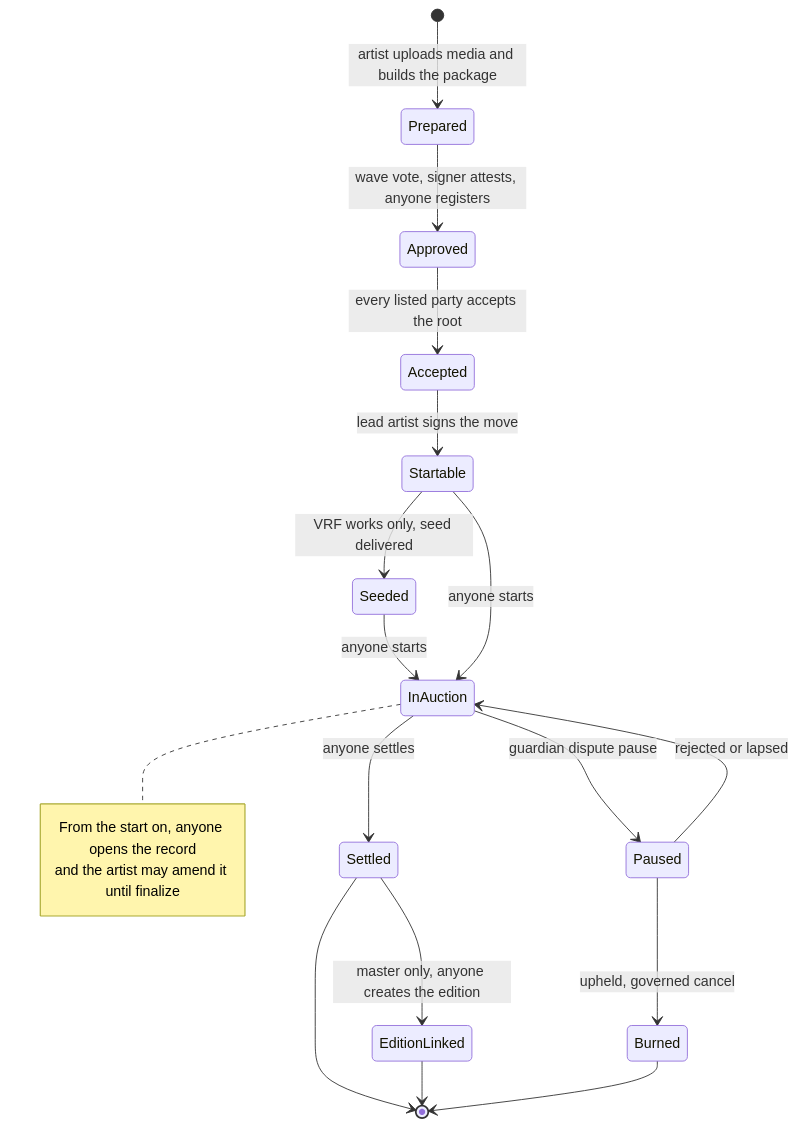
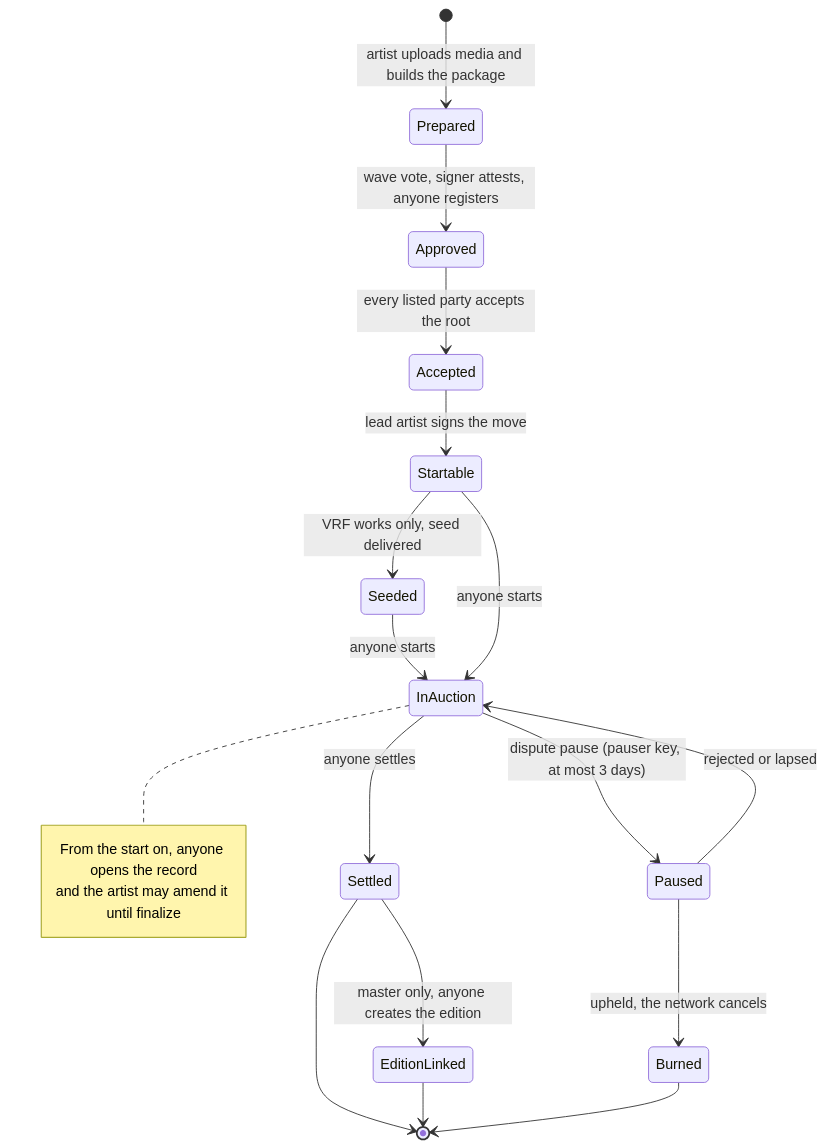
Before and after one commit to 6529-Collections/6529-works: the diagram in docs/spec/README.md, drawn with Mermaid. The commit also changed other lines of this file and 352 other files, not shown here.

````diff
--- a/docs/spec/README.md
+++ b/docs/spec/README.md
@@ -38,22 +38,22 @@
 ```mermaid
 stateDiagram-v2
     [*] --> Prepared : artist uploads media and builds the package
     Prepared --> Approved : wave vote, signer attests, anyone registers
     Approved --> Accepted : every listed party accepts the root
     Accepted --> Startable : lead artist signs the move
     Startable --> Seeded : VRF works only, seed delivered
     Seeded --> InAuction : anyone starts
     Startable --> InAuction : anyone starts
-    InAuction --> Paused : guardian dispute pause
+    InAuction --> Paused : dispute pause (pauser key, at most 3 days)
     Paused --> InAuction : rejected or lapsed
-    Paused --> Burned : upheld, governed cancel
+    Paused --> Burned : upheld, the network cancels
     InAuction --> Settled : anyone settles
     Settled --> EditionLinked : master only, anyone creates the edition
     Settled --> [*]
     EditionLinked --> [*]
     Burned --> [*]
     note right of InAuction
         From the start on, anyone opens the record
         and the artist may amend it until finalize
     end note
 ```
````
